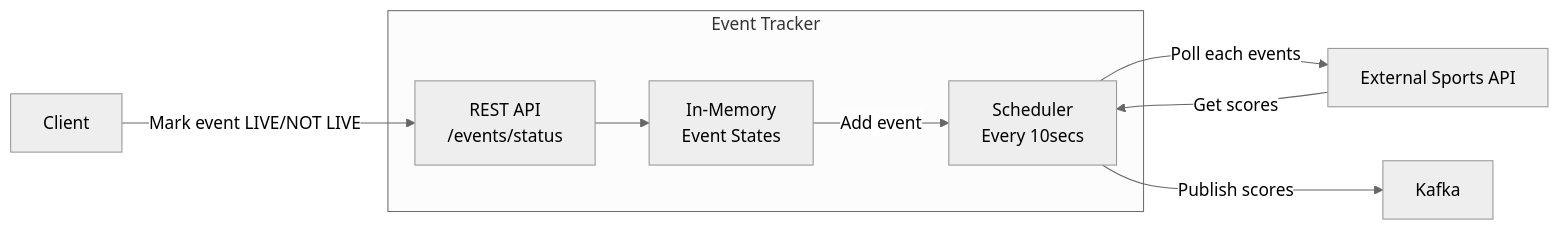
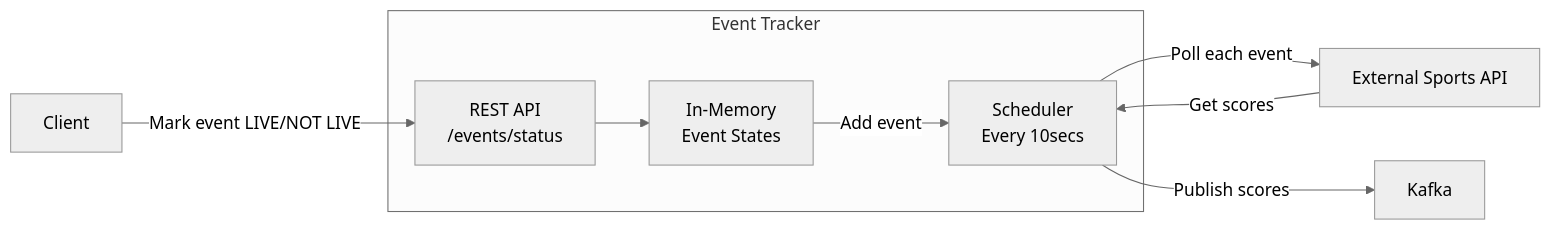
One commit to markfodor/live-events-microservice changed the diagram in README.md. Above: the diagram before and after it, drawn with Mermaid (neutral theme). The commit also changed other lines of this file, not shown here.

````diff
--- a/README.md
+++ b/README.md
@@ -14,19 +14,19 @@
 ```mermaid
 graph LR
     Client[Client]
     SportsAPI[External Sports API]
     Kafka[Kafka]
 
     subgraph App["Event Tracker"]
         REST[REST API <br/> /events/status]
         Memory[In-Memory <br/> Event States]
         Scheduler[Scheduler <br/> Every 10secs]
     end
-    
+
     Client -->| Mark event LIVE/NOT LIVE | REST
     REST --> Memory
     Memory -->| Add event| Scheduler
-    Scheduler -->| Poll each events | SportsAPI
+    Scheduler -->| Poll each event | SportsAPI
     SportsAPI -->| Get scores| Scheduler
     Scheduler -->| Publish scores| Kafka
 ```
````
